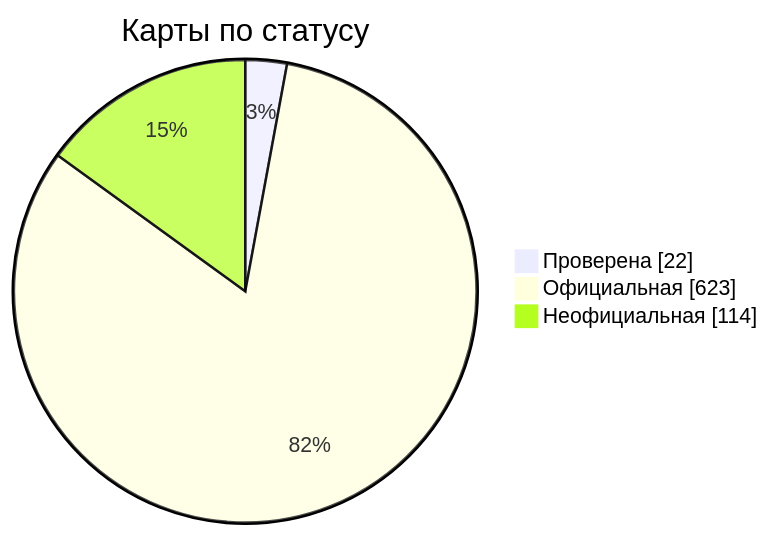
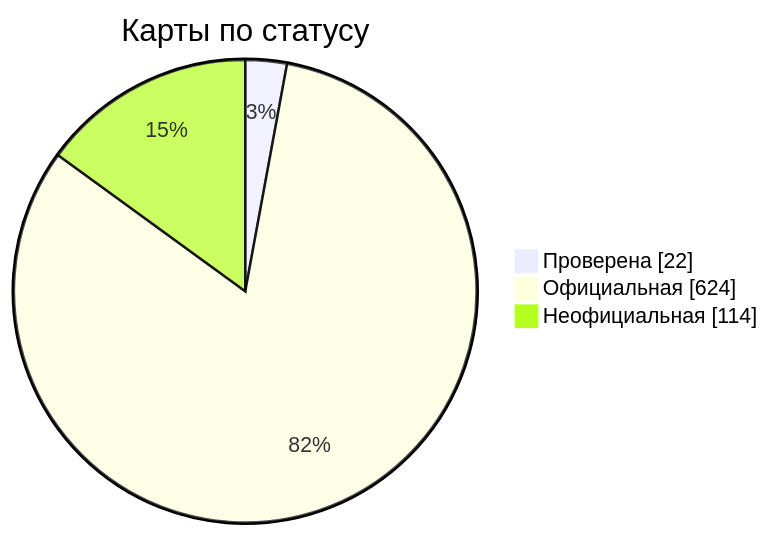
The diagram in docs/readme/README_RU.md (nobrega8/mbmap-library), drawn with Mermaid before and after one commit. The commit also changed 6 other files, not shown here.

````diff
--- a/docs/readme/README_RU.md
+++ b/docs/readme/README_RU.md
@@ -54,7 +54,7 @@
 ```mermaid
 pie showData
     title Карты по статусу
     "Проверена" : 22
-    "Официальная" : 623
+    "Официальная" : 624
     "Неофициальная" : 114
 ```
````
